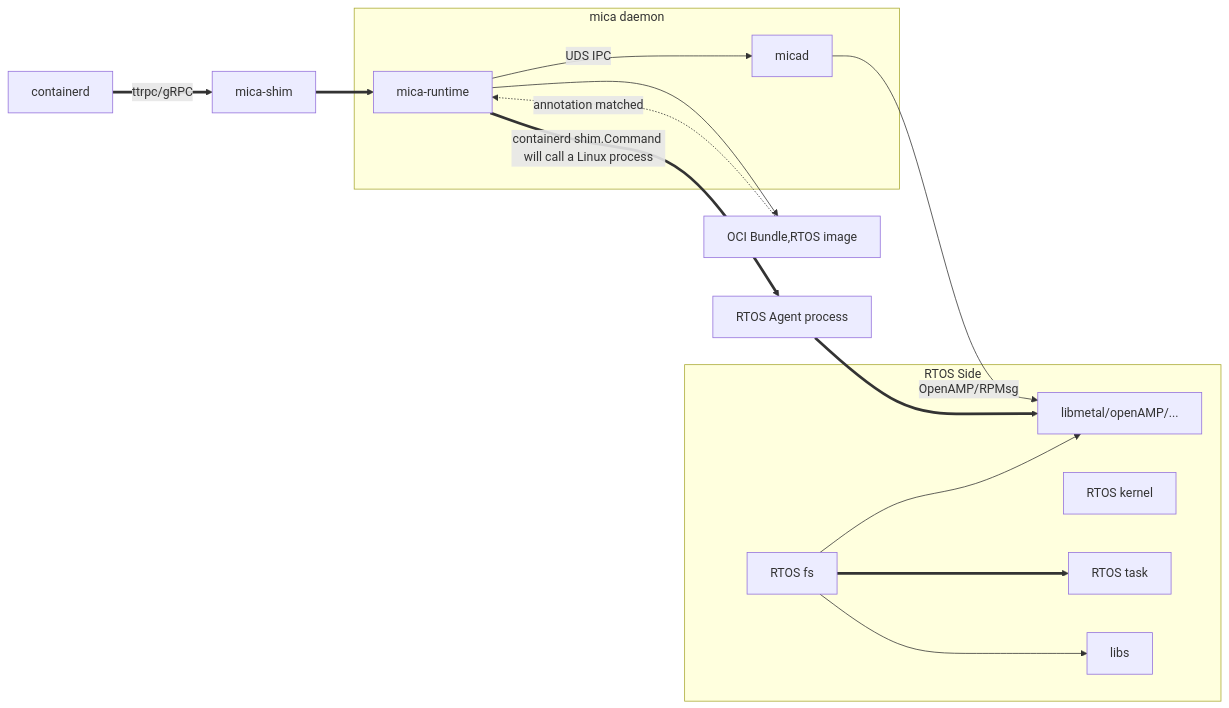
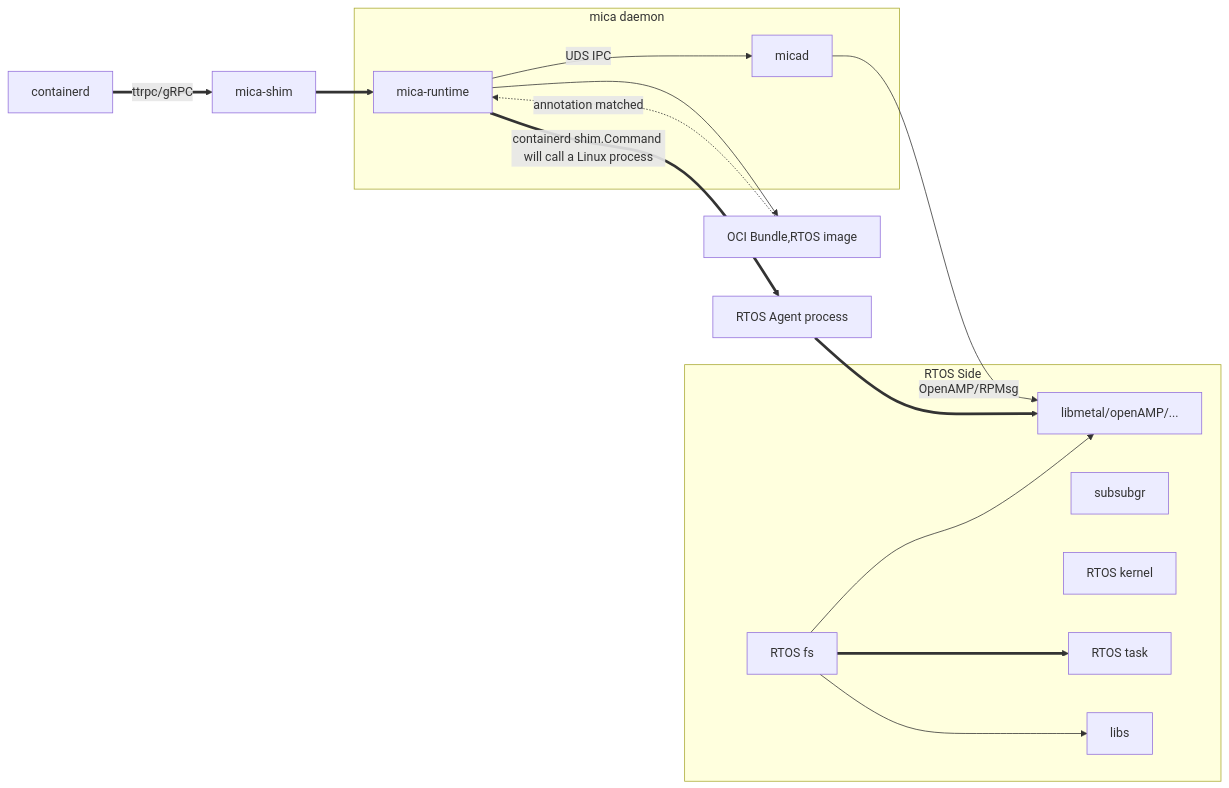
One commit to Egg12138/iodraw-files changed the diagram in all/未命名.md. Above: the diagram before and after it, drawn with Mermaid.

Commit message:
2025-06-21 17:15:58 update

````diff
--- a/all/未命名.md
+++ b/all/未命名.md
@@ -1,26 +1,26 @@
 ```mermaid
 
 graph LR
     CD[containerd] ==>|ttrpc/gRPC| S
     S[mica-shim] ==> MR
     MR[mica-runtime] -->|UDS IPC| A[micad]
     MR -->C[OCI Bundle,RTOS image]
     MR ==>|containerd shim.Command will call a Linux process|AG[RTOS Agent process]
     A -->|OpenAMP/RPMsg| B[RTOS Remote Core]
     C -.->|annotation matched| MR
     AG ==>B
     subgraph RTOS Side
-    
+        subsubgr
         K[RTOS kernel]
         B[libmetal/openAMP/...]
         D[RTOS fs] ==> E
         D --> L[libs]
         D --> B
         E[RTOS task]
     end
     subgraph mica daemon
         A
         MR
     end
 
 ```
````
